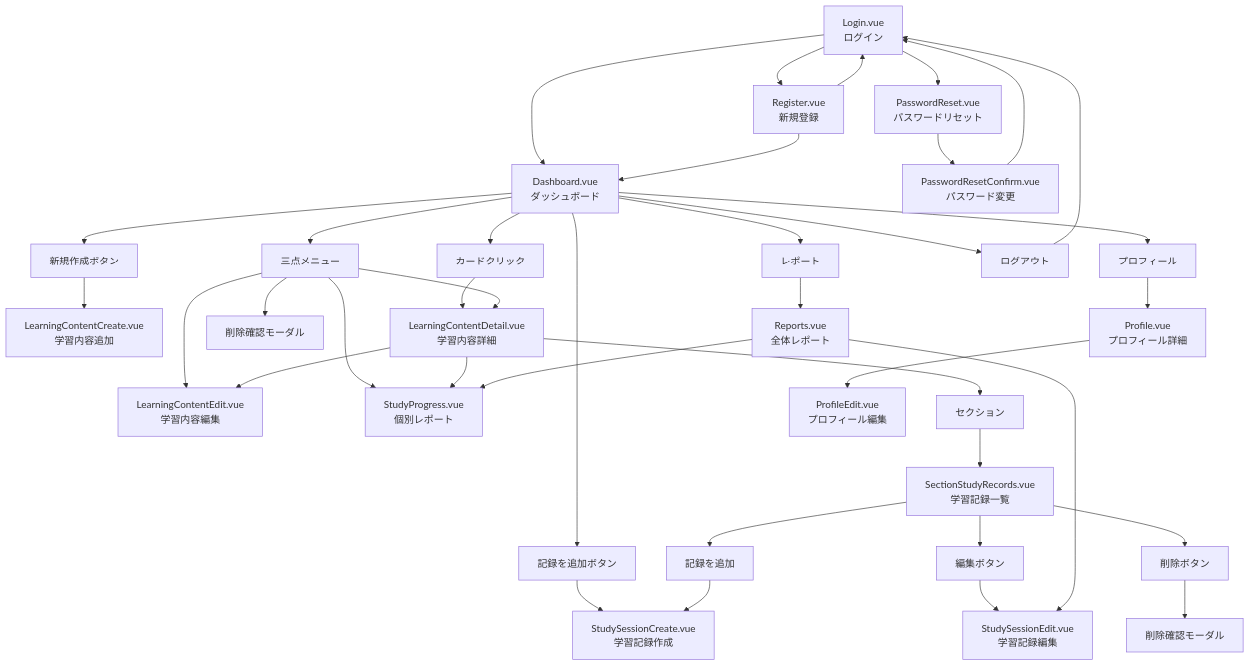
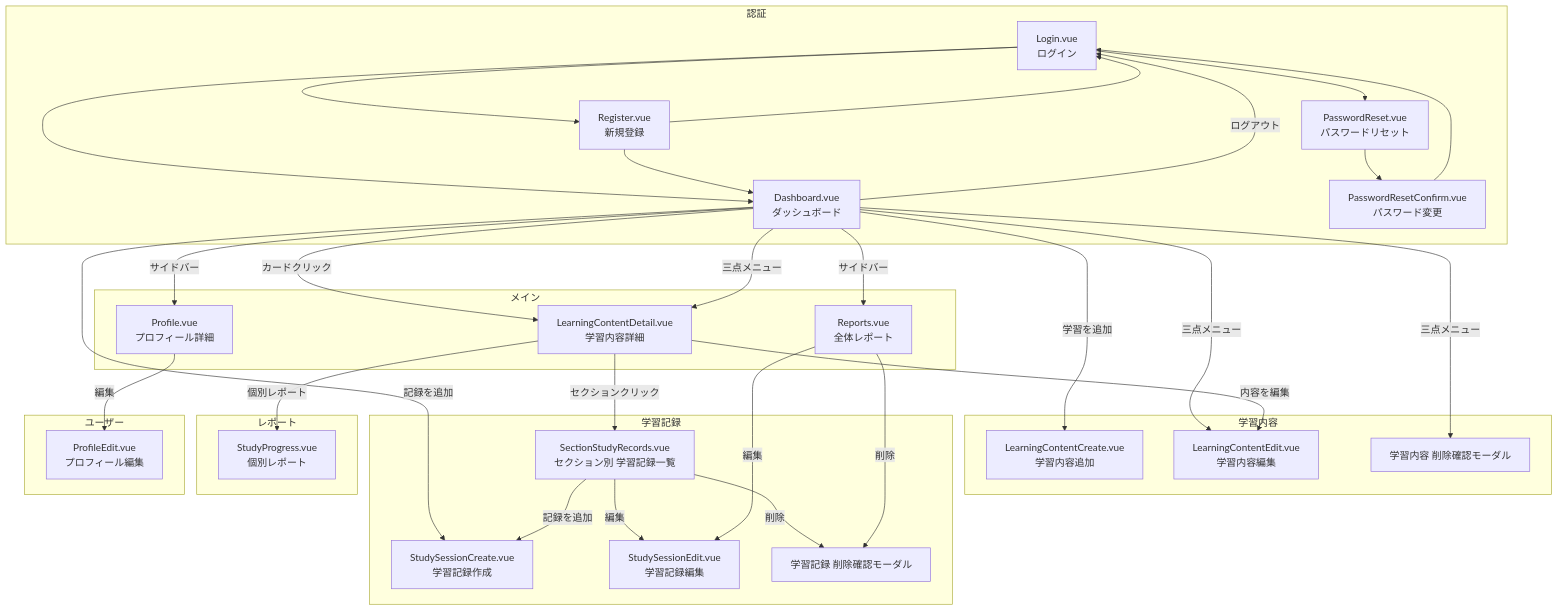
One commit to SHUN5872698/learn-track-pro changed the diagram in .gemini/docs/designs/basic-design-and-screen-flow.md. Above: the diagram before and after it, drawn with Mermaid. The commit also changed other lines of this file and 11 other files, not shown here.

````diff
--- a/.gemini/docs/designs/basic-design-and-screen-flow.md
+++ b/.gemini/docs/designs/basic-design-and-screen-flow.md
@@ -1212,56 +1237,70 @@
 ```mermaid
 flowchart TD
-    %% 認証
-    Login[Login.vue<br/>ログイン] --> Dashboard[Dashboard.vue<br/>ダッシュボード]
-    Login --> Register[Register.vue<br/>新規登録]
-    Register --> Login
-    Register --> Dashboard
-    Login --> PwdReset[PasswordReset.vue<br/>パスワードリセット]
-    PwdReset --> PwdResetConfirm[PasswordResetConfirm.vue<br/>パスワード変更]
-    PwdResetConfirm --> Login
+    subgraph "認証"
+        Login[Login.vue<br/>ログイン] --> Dashboard
+        Login --> Register[Register.vue<br/>新規登録]
+        Register --> Login
+        Register --> Dashboard
+        Login --> PwdReset[PasswordReset.vue<br/>パスワードリセット]
+        PwdReset --> PwdResetConfirm[PasswordResetConfirm.vue<br/>パスワード変更]
+        PwdResetConfirm --> Login
+    end
 
-    %% 学習内容管理
-    Dashboard --> CreateBtn[新規作成ボタン]
-    CreateBtn --> ContentCreate[LearningContentCreate.vue<br/>学習内容追加]
+    subgraph "メイン"
+        Dashboard[Dashboard.vue<br/>ダッシュボード]
+        ContentDetail[LearningContentDetail.vue<br/>学習内容詳細]
+        Reports[Reports.vue<br/>全体レポート]
+        Profile[Profile.vue<br/>プロフィール詳細]
+    end
+    
+    subgraph "学習内容"
+        ContentCreate[LearningContentCreate.vue<br/>学習内容追加]
+        ContentEdit[LearningContentEdit.vue<br/>学習内容編集]
+        DeleteModal[学習内容 削除確認モーダル]
+    end
 
-    Dashboard --> CardClick[カードクリック]
-    CardClick --> ContentDetail[LearningContentDetail.vue<br/>学習内容詳細]
+    subgraph "学習記録"
+        SessionCreate[StudySessionCreate.vue<br/>学習記録作成]
+        SessionEdit[StudySessionEdit.vue<br/>学習記録編集]
+        SectionRecords[SectionStudyRecords.vue<br/>セクション別 学習記録一覧]
+        RecordDeleteModal[学習記録 削除確認モーダル]
+    end
+    
+    subgraph "レポート"
+        Progress[StudyProgress.vue<br/>個別レポート]
+    end
 
-    Dashboard --> Menu[三点メニュー]
-    Menu --> ContentEdit[LearningContentEdit.vue<br/>学習内容編集]
-    Menu --> ContentDetail
-    Menu --> DeleteModal[削除確認モーダル]
-    Menu --> Progress[StudyProgress.vue<br/>個別レポート]
+    subgraph "ユーザー"
+        ProfileEdit[ProfileEdit.vue<br/>プロフィール編集]
+    end
 
-    Dashboard --> QuickAdd[記録を追加ボタン]
-    QuickAdd --> SessionCreate[StudySessionCreate.vue<br/>学習記録作成]
+    %% ナビゲーション
+    Dashboard -- "サイドバー" --> Reports
+    Dashboard -- "サイドバー" --> Profile
+    Dashboard -- "ログアウト" --> Login
+    
+    %% ダッシュボードからのアクション
+    Dashboard -- "学習を追加" --> ContentCreate
+    Dashboard -- "カードクリック" --> ContentDetail
+    Dashboard -- "三点メニュー" --> ContentEdit
+    Dashboard -- "三点メニュー" --> ContentDetail
+    Dashboard -- "三点メニュー" --> DeleteModal
+    Dashboard -- "記録を追加" --> SessionCreate
 
-    %% 学習内容詳細
-    ContentDetail --> ContentEdit
-    ContentDetail --> Progress
-    ContentDetail --> SectionClick[セクション]
-    SectionClick --> SectionRecords[SectionStudyRecords.vue<br/>学習記録一覧]
+    %% 学習内容詳細からのアクション
+    ContentDetail -- "内容を編集" --> ContentEdit
+    ContentDetail -- "個別レポート" --> Progress
+    ContentDetail -- "セクションクリック" --> SectionRecords
 
-    %% 学習記録一覧
-    SectionRecords --> RecordAdd[記録を追加]
-    RecordAdd --> SessionCreate
-    SectionRecords --> RecordEdit[編集ボタン]
-    RecordEdit --> SessionEdit[StudySessionEdit.vue<br/>学習記録編集]
-    SectionRecords --> RecordDel[削除ボタン]
-    RecordDel --> RecordDeleteModal[削除確認モーダル]
+    %% セクション別学習記録からのアクション
+    SectionRecords -- "記録を追加" --> SessionCreate
+    SectionRecords -- "編集" --> SessionEdit
+    SectionRecords -- "削除" --> RecordDeleteModal
 
-    %% レポート
-    Dashboard --> NavReport[レポート]
-    NavReport --> Reports[Reports.vue<br/>全体レポート]
-    Reports --> Progress
-    Reports --> SessionEdit
-
-    %% ユーザー
-    Dashboard --> NavProfile[プロフィール]
-    NavProfile --> Profile[Profile.vue<br/>プロフィール詳細]
-    Profile --> ProfileEdit[ProfileEdit.vue<br/>プロフィール編集]
-
-    %% ログアウト
-    Dashboard --> Logout[ログアウト]
-    Logout --> Login
+    %% 全体レポートからのアクション
+    Reports -- "編集" --> SessionEdit
+    Reports -- "削除" --> RecordDeleteModal
+    
+    %% プロフィールからのアクション
+    Profile -- "編集" --> ProfileEdit
 ```
````
